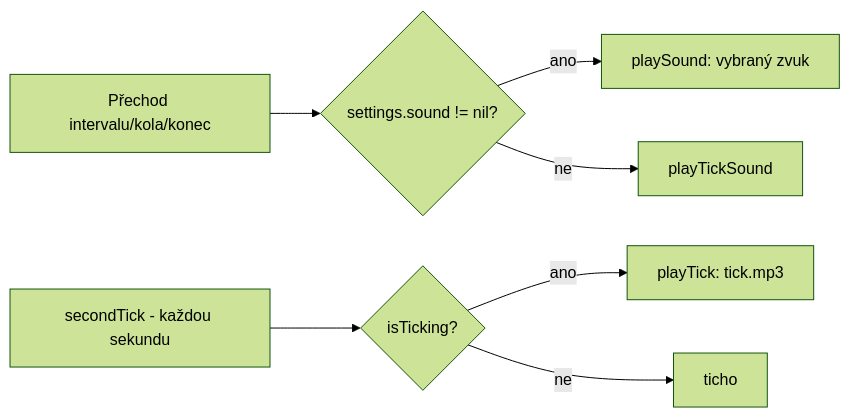
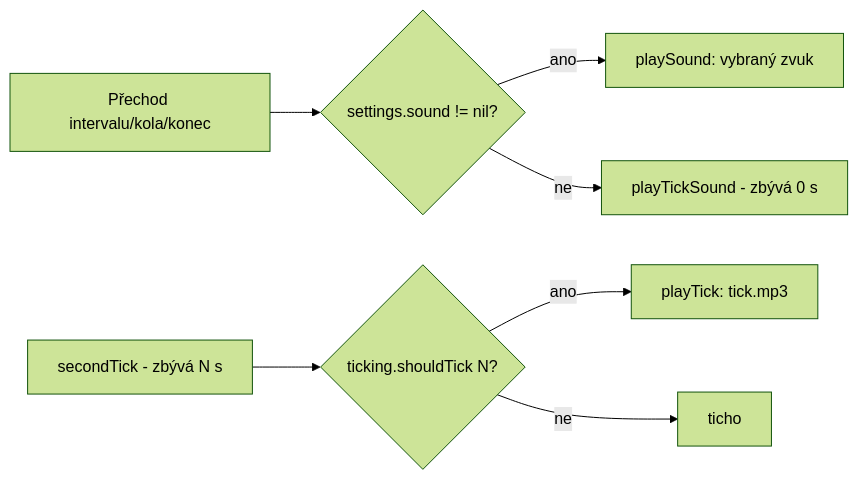
Before and after one commit to daliborjanecek/GustavTimer: the third of 3 diagrams in GustavTimer-Dokumentace.md, drawn with Mermaid (forest theme). The commit also changed other lines of this file and 12 other files, not shown here.

First line of the commit message:
Tikání lze nastavit: vypnuto, každou sekundu, nebo poslední 3 sekundy

````diff
--- a/GustavTimer-Dokumentace.md
+++ b/GustavTimer-Dokumentace.md
@@ -434,9 +437,9 @@
 ```mermaid
 flowchart LR
     A[Přechod intervalu/kola/konec] --> B{settings.sound != nil?}
     B -- ano --> C[playSound: vybraný zvuk]
-    B -- ne --> D[playTickSound]
-    E[secondTick - každou sekundu] --> F{isTicking?}
+    B -- ne --> D[playTickSound - zbývá 0 s]
+    E[secondTick - zbývá N s] --> F{ticking.shouldTick N?}
     F -- ano --> G[playTick: tick.mp3]
     F -- ne --> H[ticho]
 ```
````
